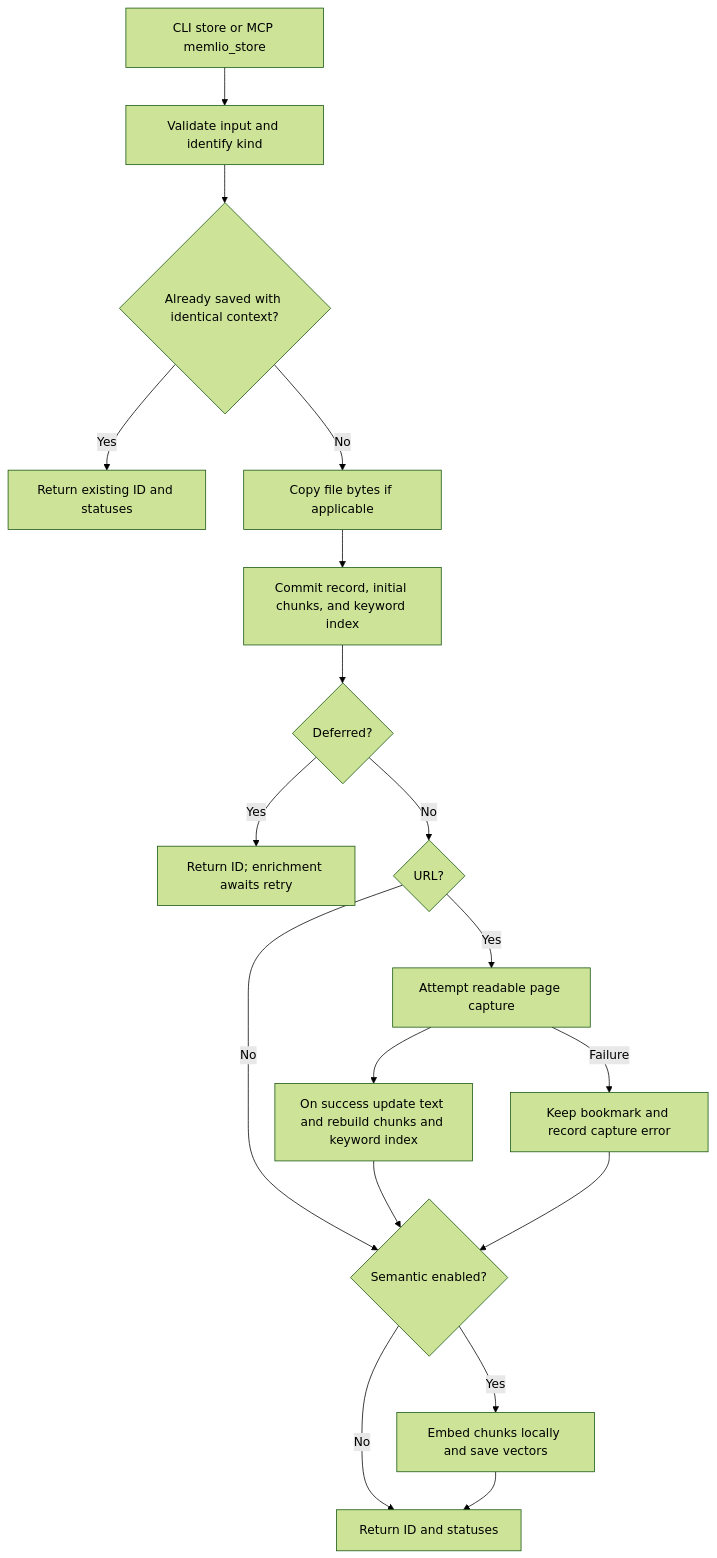
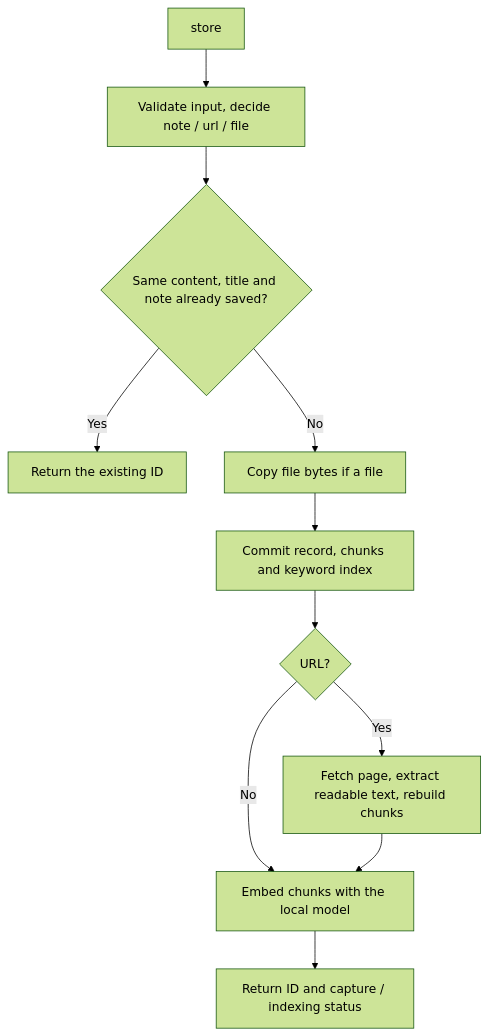
One commit to yanggaome/memlio changed the first of 2 diagrams in docs/WORKFLOWS.md. Above: the diagram before and after it, drawn with Mermaid (forest theme). The commit also changed other lines of this file and 21 other files, not shown here.

````diff
--- a/docs/WORKFLOWS.md
+++ b/docs/WORKFLOWS.md
@@ -25,20 +13,13 @@
 ```mermaid
 flowchart TD
-    A[CLI store or MCP memlio_store] --> B[Validate input and identify kind]
-    B --> C{Already saved with identical context?}
-    C -->|Yes| D[Return existing ID and statuses]
-    C -->|No| E[Copy file bytes if applicable]
-    E --> F[Commit record, initial chunks, and keyword index]
-    F --> G{Deferred?}
-    G -->|Yes| H[Return ID; enrichment awaits retry]
-    G -->|No| I{URL?}
-    I -->|Yes| J[Attempt readable page capture]
-    J --> K[On success update text and rebuild chunks and keyword index]
-    J -->|Failure| L[Keep bookmark and record capture error]
-    I -->|No| M{Semantic enabled?}
-    K --> M
-    L --> M
-    M -->|Yes| N[Embed chunks locally and save vectors]
-    M -->|No| O[Return ID and statuses]
-    N --> O
+    A[store] --> B[Validate input, decide note / url / file]
+    B --> C{Same content, title and note already saved?}
+    C -->|Yes| D[Return the existing ID]
+    C -->|No| E[Copy file bytes if a file]
+    E --> F[Commit record, chunks and keyword index]
+    F --> G{URL?}
+    G -->|Yes| H[Fetch page, extract readable text, rebuild chunks]
+    G -->|No| I[Embed chunks with the local model]
+    H --> I
+    I --> J[Return ID and capture / indexing status]
 ```
````
